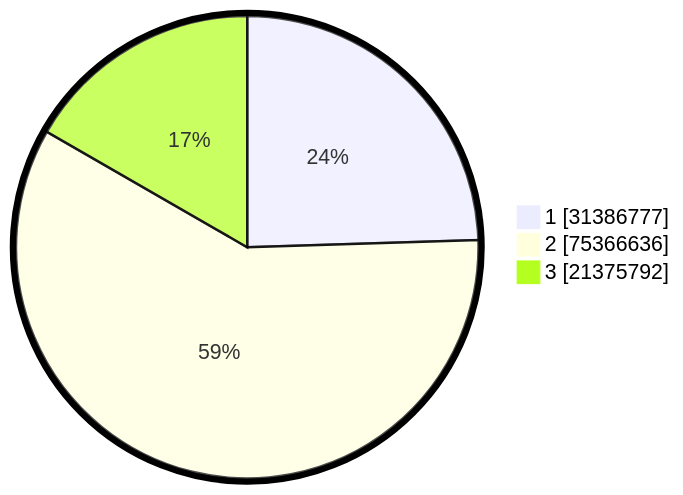
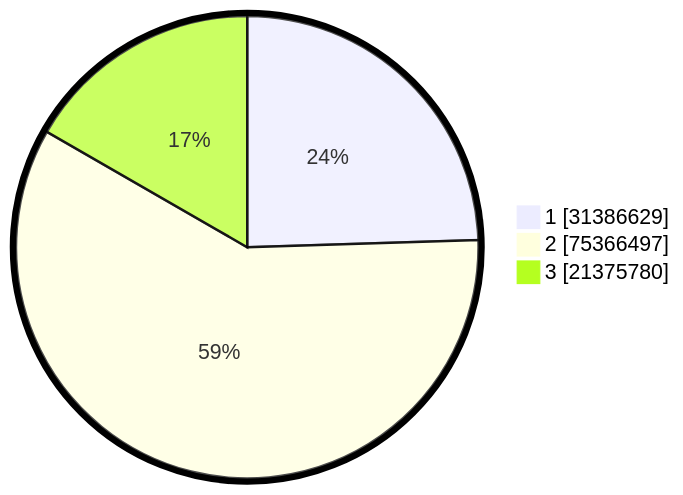
Before and after one commit to gigit-pemilu/pemilu-2024: the second of 2 diagrams in pilpres/hitung-suara/README.md, drawn with Mermaid. The commit also changed other lines of this file and 6 other files, not shown here.

````diff
--- a/pilpres/hitung-suara/README.md
+++ b/pilpres/hitung-suara/README.md
@@ -93,7 +93,7 @@
 ```mermaid
 %%{init: {"pie": {"textPosition": 0.5}, "themeVariables": {"pieOuterStrokeWidth": "5px"}} }%%
 pie showData
-    "1" : 31386777
-    "2" : 75366636
-    "3" : 21375792
+    "1" : 31386629
+    "2" : 75366497
+    "3" : 21375780
 ```
````
